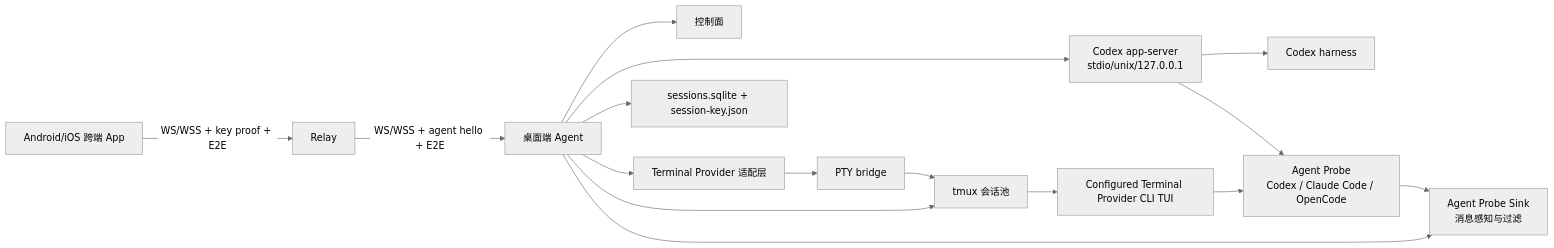
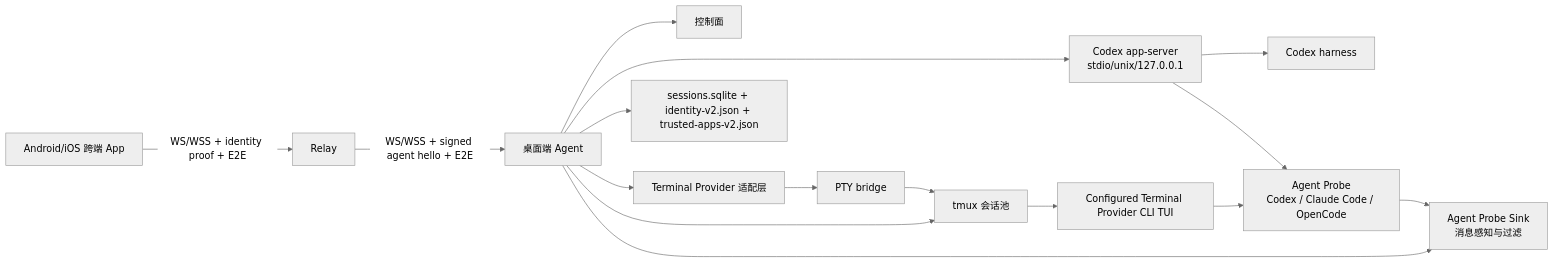
The first of 2 diagrams in docs/mobile-codex-tui-technical-solution.md (zhangbozhb/OmniWork), drawn with Mermaid (neutral theme) before and after one commit. The commit also changed other lines of this file and 198 other files, not shown here.

````diff
--- a/docs/mobile-codex-tui-technical-solution.md
+++ b/docs/mobile-codex-tui-technical-solution.md
@@ -219,21 +218,21 @@
 ```mermaid
 flowchart LR
-  Phone["Android/iOS 跨端 App"] -->|WS/WSS + key proof + E2E| Relay["Relay"]
-  Relay -->|WS/WSS + agent hello + E2E| Agent["桌面端 Agent"]
+  Phone["Android/iOS 跨端 App"] -->|WS/WSS + identity proof + E2E| Relay["Relay"]
+  Relay -->|WS/WSS + signed agent hello + E2E| Agent["桌面端 Agent"]
 
   Agent --> Control["控制面"]
   Agent --> TerminalProvider["Terminal Provider 适配层"]
   Agent --> ProbeSink["Agent Probe Sink<br/>消息感知与过滤"]
   Agent --> Tmux["tmux 会话池"]
-  Agent --> Store["sessions.sqlite + session-key.json"]
+  Agent --> Store["sessions.sqlite + identity-v2.json + trusted-apps-v2.json"]
 
   TerminalProvider --> PTY["PTY bridge"]
   Agent --> AppServer["Codex app-server<br/>stdio/unix/127.0.0.1"]
   PTY --> Tmux
   Tmux --> ProviderTUI["Configured Terminal Provider CLI TUI"]
 
   AppServer --> CodexHarness["Codex harness"]
   ProviderTUI --> AgentProbe["Agent Probe<br/>Codex / Claude Code / OpenCode"]
   AppServer --> AgentProbe
   AgentProbe --> ProbeSink
 ```
````
